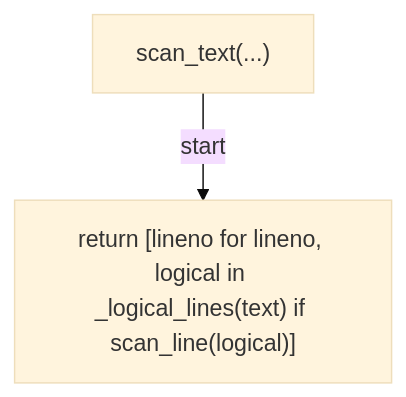
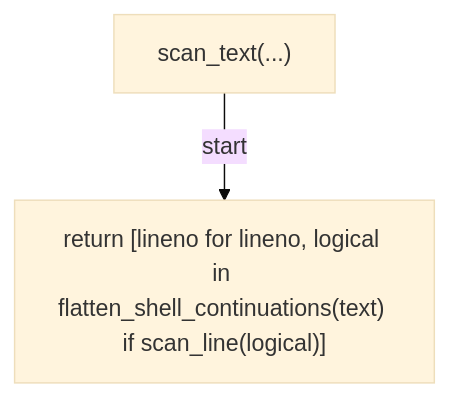
The second of 8 diagrams in docs/generated/scripts/ast/scan_ruff_format.md (tvna/claude-md), drawn with Mermaid (base theme) before and after one commit. The commit also changed other lines of this file and 7 other files, not shown here.

First line of the commit message:
docs(generated): regenerate decision tree and workflow diagrams

````diff
--- a/docs/generated/scripts/ast/scan_ruff_format.md
+++ b/docs/generated/scripts/ast/scan_ruff_format.md
@@ -46,6 +24,6 @@
 ```mermaid
 flowchart TD
     N001["scan_text(...)"]
-    N002["return [lineno for lineno, logical in _logical_lines(text) if scan_line(logical)]"]
+    N002["return [lineno for lineno, logical in flatten_shell_continuations(text) if scan_line(logical)]"]
     N001 -->|"start"| N002
 ```
````
